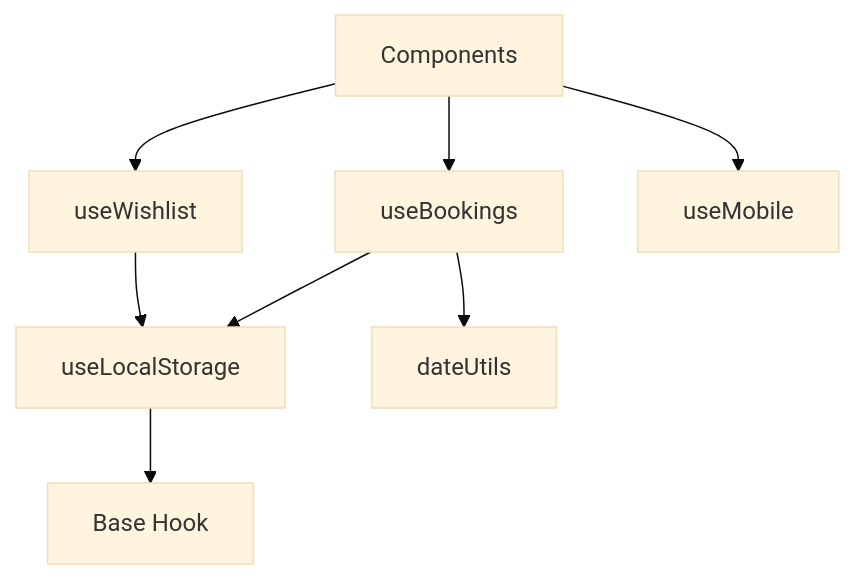
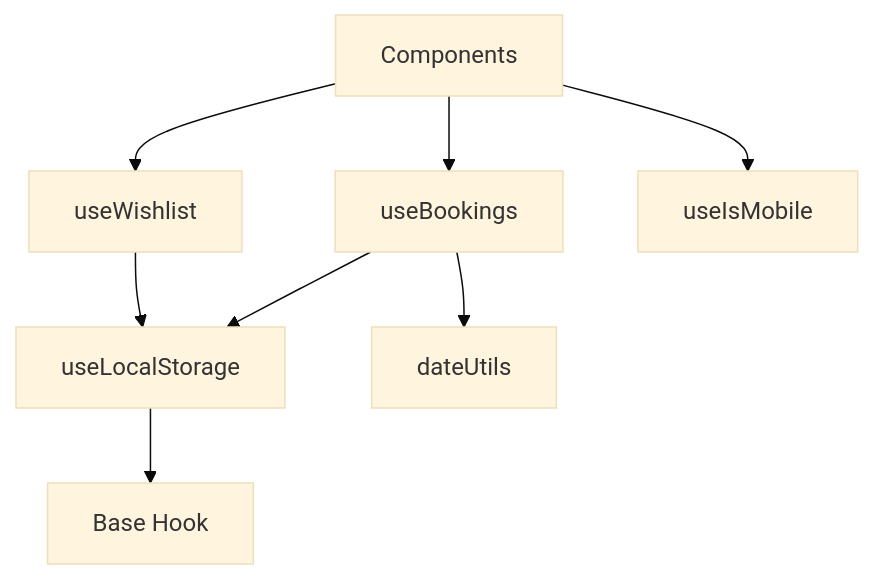
The fifth of 6 diagrams in docs/hooks.md (AmaLS367/stay-finder-delight), drawn with Mermaid (base theme) before and after one commit. The commit also changed other lines of this file and 4 other files, not shown here.

````diff
--- a/docs/hooks.md
+++ b/docs/hooks.md
@@ -363,11 +363,11 @@
 ```mermaid
 graph TB
     A[useLocalStorage] --> B[Base Hook]
     C[useWishlist] --> A
     D[useBookings] --> A
     D --> E[dateUtils]
     
     F[Components] --> C
     F --> D
-    F --> G[useMobile]
+    F --> G[useIsMobile]
 ```
````
